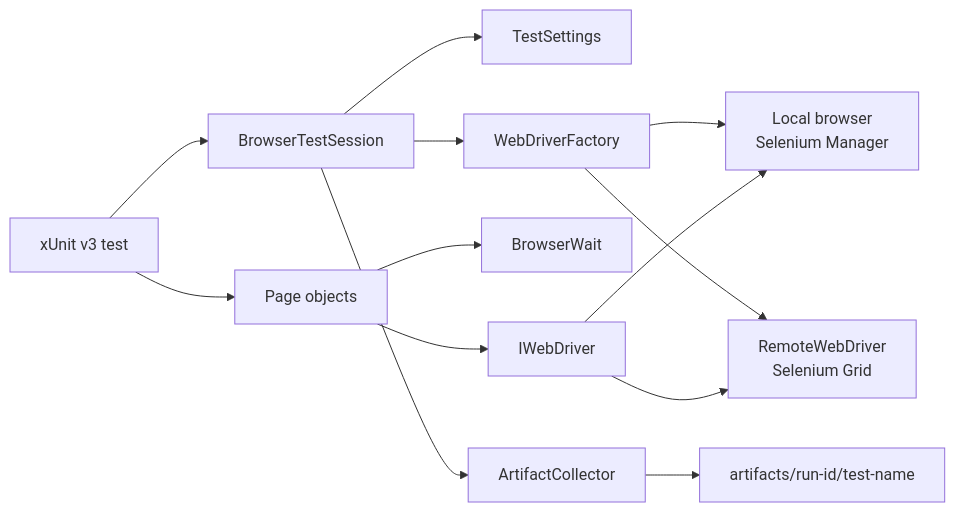
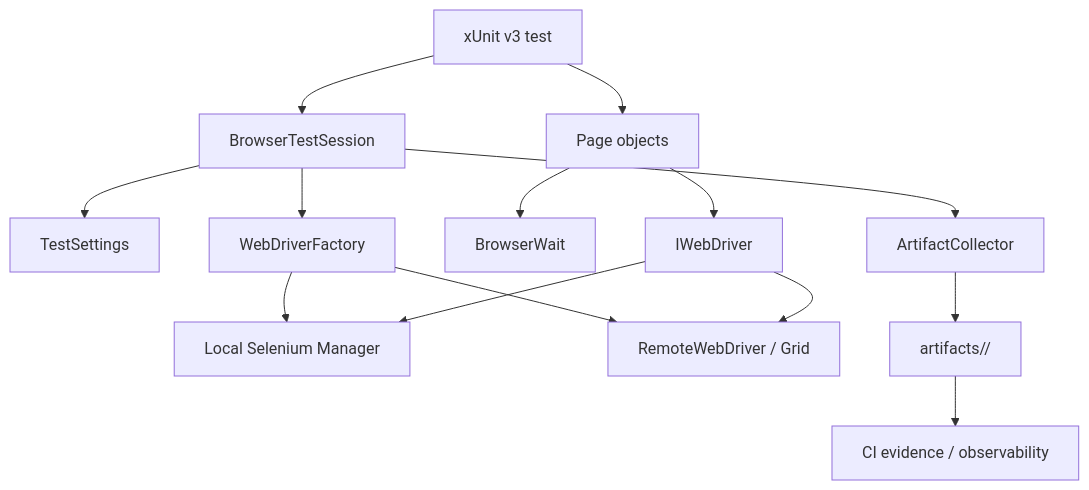
Before and after one commit to portyu9/qa-automation-dotnet-selenium: the second of 3 diagrams in README.md, drawn with Mermaid. The commit also changed other lines of this file and 3 other files, not shown here.

````diff
--- a/README.md
+++ b/README.md
@@ -21,15 +53,16 @@
 ```mermaid
-flowchart LR
-    X[xUnit v3 test] --> S[BrowserTestSession]
-    S --> C[TestSettings]
-    S --> F[WebDriverFactory]
-    F --> LOCAL[Local browser\nSelenium Manager]
-    F --> GRID[RemoteWebDriver\nSelenium Grid]
-    X --> P[Page objects]
-    P --> W[BrowserWait]
-    P --> D[IWebDriver]
-    D --> LOCAL
-    D --> GRID
-    S --> A[ArtifactCollector]
-    A --> OUT[artifacts/run-id/test-name]
+flowchart TD
+    TEST[xUnit v3 test] --> SESSION[BrowserTestSession]
+    SESSION --> CFG[TestSettings]
+    SESSION --> FACTORY[WebDriverFactory]
+    FACTORY --> LOCAL[Local Selenium Manager]
+    FACTORY --> GRID[RemoteWebDriver / Grid]
+    TEST --> PAGE[Page objects]
+    PAGE --> WAIT[BrowserWait]
+    PAGE --> DRIVER[IWebDriver]
+    DRIVER --> LOCAL
+    DRIVER --> GRID
+    SESSION --> ART[ArtifactCollector]
+    ART --> OUT[artifacts/<run>/<test>]
+    OUT --> CI[CI evidence / observability]
 ```
````
